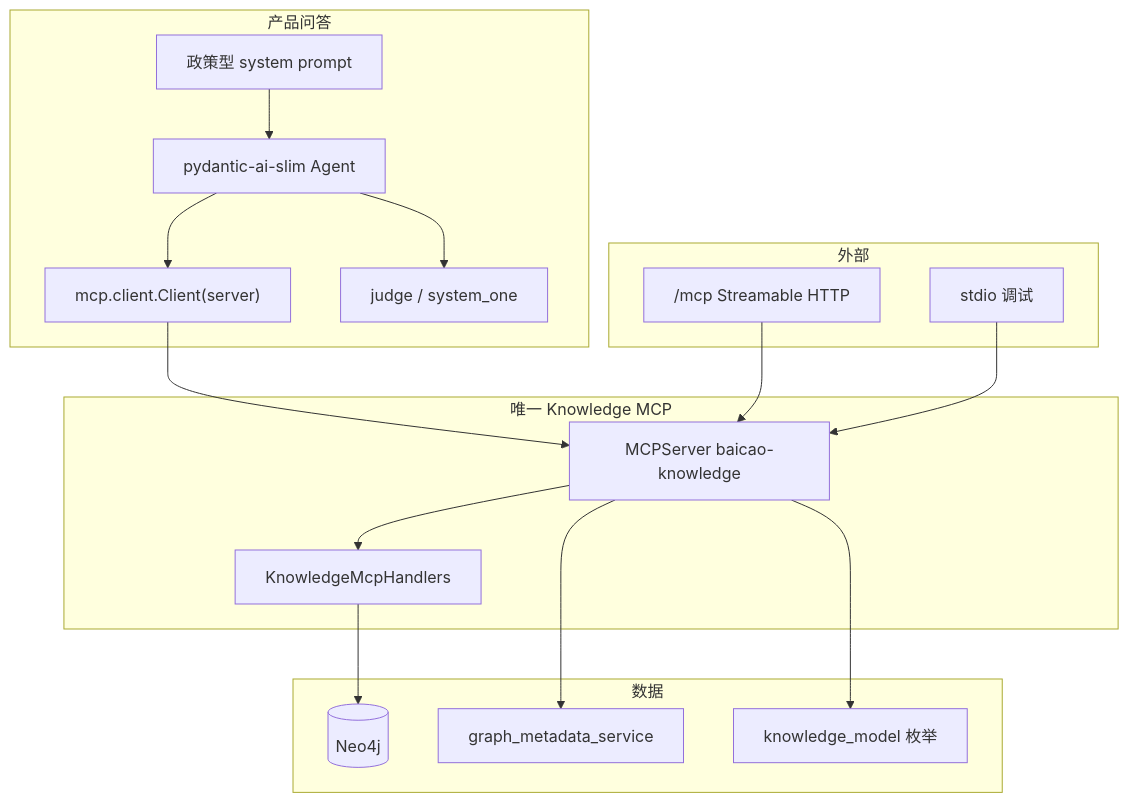
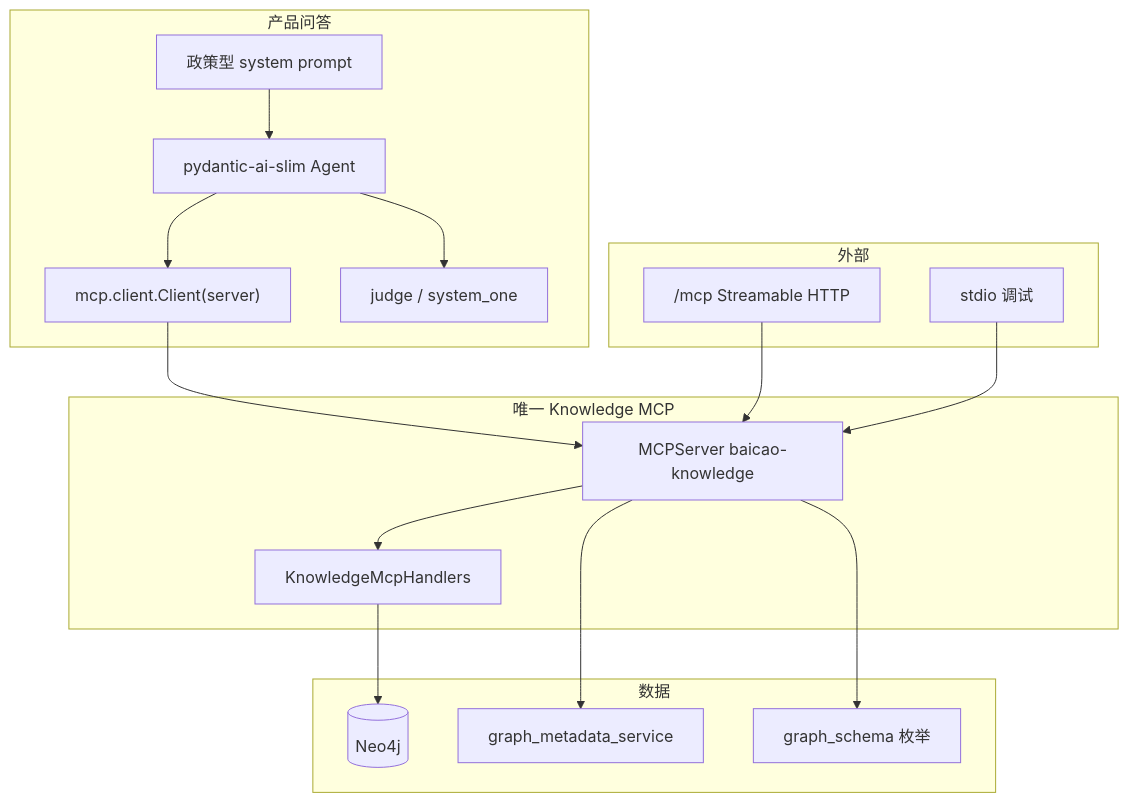
The second of 5 diagrams in docs/architecture/chat-agent-mcp.md (ticoAg/BaiCao), drawn with Mermaid before and after one commit. The commit also changed 100 other files, not shown here.

First line of the commit message:
refactor: knowledge_model 包改名为 graph_schema

````diff
--- a/docs/architecture/chat-agent-mcp.md
+++ b/docs/architecture/chat-agent-mcp.md
@@ -64,36 +64,36 @@
 ```mermaid
 flowchart TB
     subgraph App[产品问答]
         Runtime[pydantic-ai-slim Agent]
         Prompt[政策型 system prompt]
         McpClient["mcp.client.Client(server)"]
         Judge[judge / system_one]
     end
 
     subgraph OneServer[唯一 Knowledge MCP]
         Server["MCPServer baicao-knowledge"]
         Handlers[KnowledgeMcpHandlers]
     end
 
     subgraph External[外部]
         HttpMount["/mcp Streamable HTTP"]
         Stdio[stdio 调试]
     end
 
     subgraph Data[数据]
         Neo4j[(Neo4j)]
         Meta[graph_metadata_service]
-        KM[knowledge_model 枚举]
+        KM[graph_schema 枚举]
     end
 
     Runtime --> McpClient
     Runtime --> Judge
     McpClient --> Server
     Prompt --> Runtime
     HttpMount --> Server
     Stdio --> Server
     Server --> Handlers
     Handlers --> Neo4j
     Server --> KM
     Server --> Meta
 ```
````
